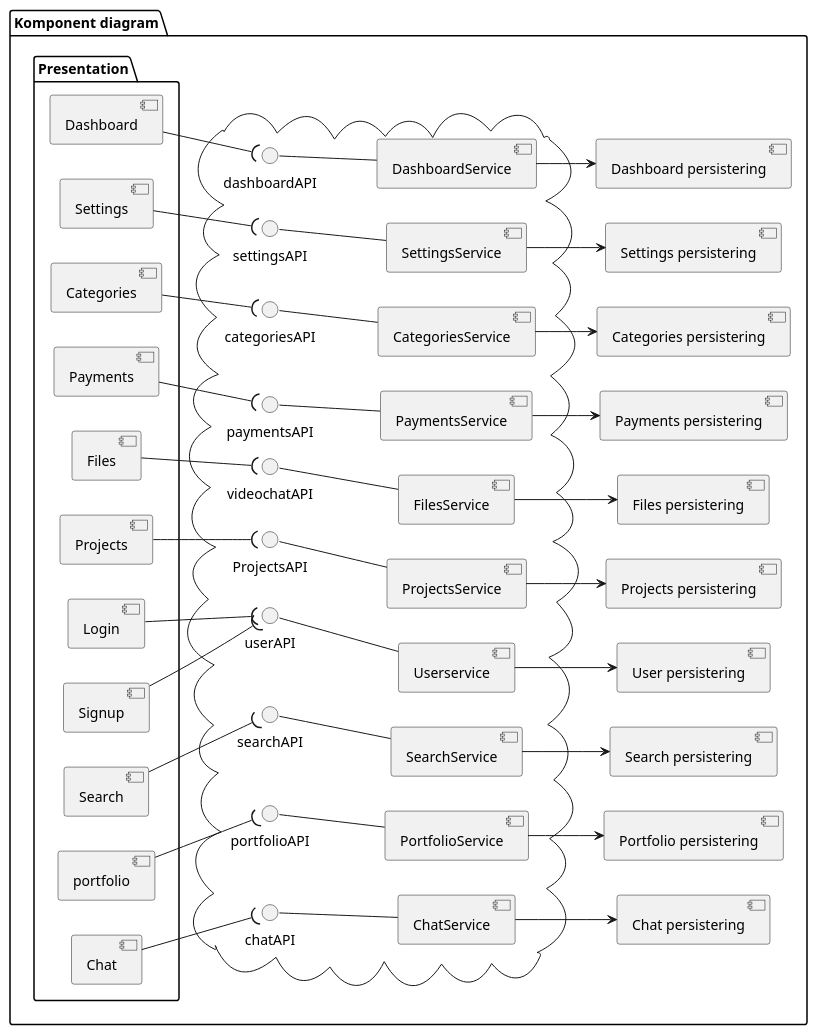
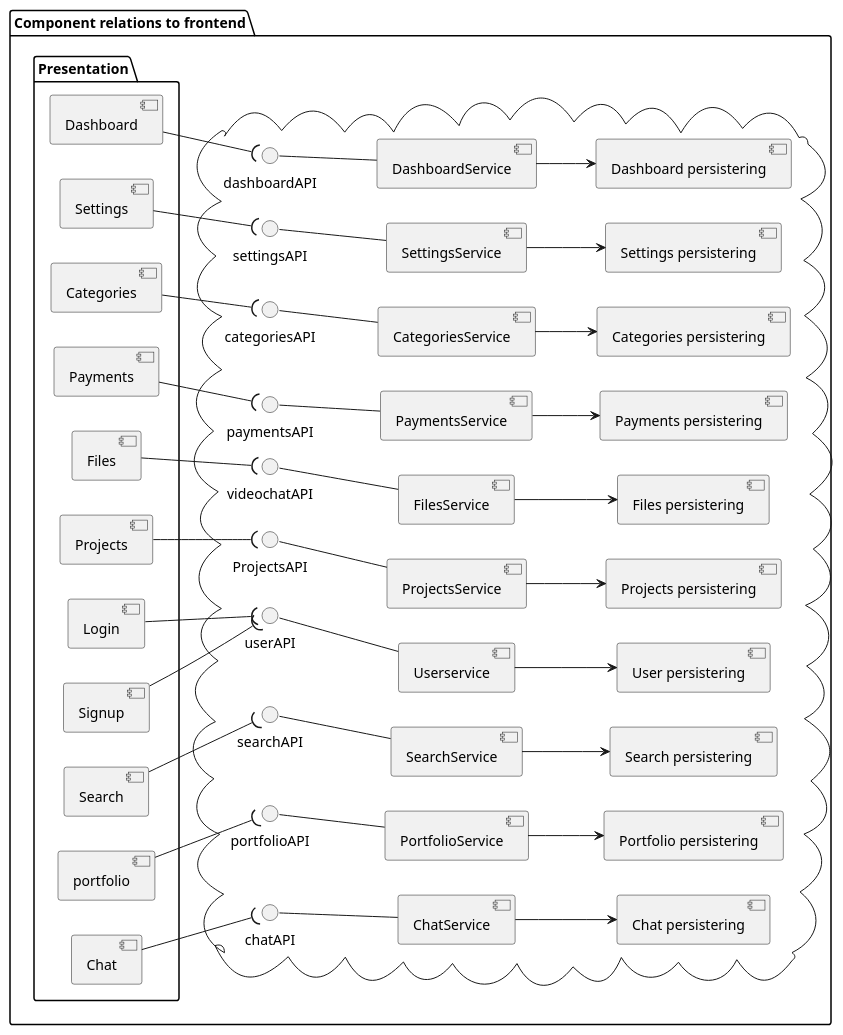
One commit to converge-app/diagrams changed the diagram in src/software-architecture/physical-view/component-diagram.pu. Above: the diagram before and after it, drawn with PlantUML. The commit also changed 82 other files, not shown here.

```diff
--- a/src/software-architecture/physical-view/component-diagram.pu
+++ b/src/software-architecture/physical-view/component-diagram.pu
@@ -1,69 +1,69 @@
 @startuml
 
 skinparam monochrome true
 skinparam componentStyle uml2
 left to right direction 
 
 
-package "Komponent diagram" as ma{
+package "Component relations to frontend" as ma{
 folder "Presentation" as ts{
   
 [Login]
 [Signup]
 [Search]
 [portfolio]
 [Chat]
 [Dashboard]
 [Settings]
 [Categories]
 [Payments]
 [Files]
 [Projects]
   
 }
 
 
 cloud {
   
   [Userservice] -up- userAPI
   [SearchService] -up- searchAPI
   [PortfolioService] -up- portfolioAPI
   [ChatService] -up- chatAPI
   [DashboardService] -up- dashboardAPI 
   [SettingsService] -up-  settingsAPI
   [CategoriesService] -up- categoriesAPI
   [PaymentsService] -up- paymentsAPI
   [FilesService] -up- videochatAPI
   [ProjectsService] -up- ProjectsAPI
   
   
-  }
 
   [Login] --( userAPI
   [Signup] --( userAPI
   [Search] --( searchAPI
   [portfolio] --(  portfolioAPI
   [Chat] --( chatAPI
   [Dashboard] -( dashboardAPI 
   [Settings] -( settingsAPI
   [Categories] -( categoriesAPI
   [Payments] -( paymentsAPI
   [Files] -( videochatAPI
   [Projects] -( ProjectsAPI
   
   
   [Userservice] --> [User persistering]
   [SearchService] --> [Search persistering]
   [PortfolioService] --> [Portfolio persistering]
   [ChatService] --> [Chat persistering]
   [DashboardService] --> [Dashboard persistering]
   [SettingsService] --> [Settings persistering]
   [CategoriesService] --> [Categories persistering]
   [PaymentsService] --> [Payments persistering]
   [FilesService] --> [Files persistering]
   [ProjectsService] --> [Projects persistering]
   
+  }
 
 }
 
 @enduml
```
